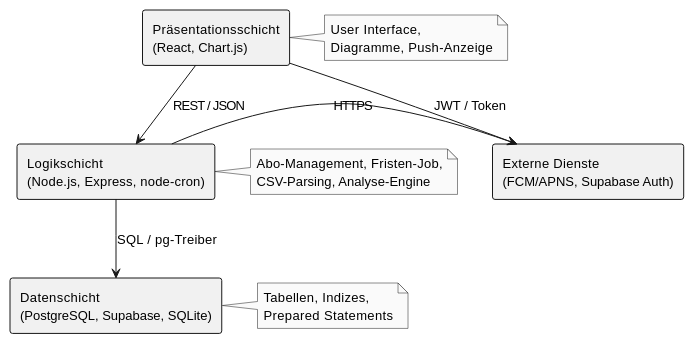
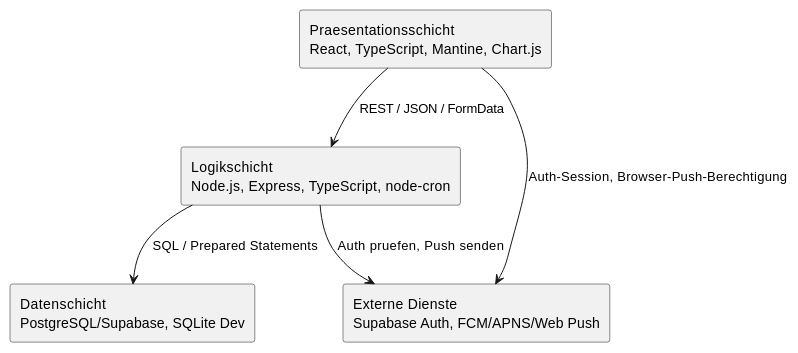
Before and after one commit to momel13/SubscriptionGuard-E2: the first of 9 diagrams in docs/technical/design.adoc, drawn with PlantUML. The commit also changed other lines of this file and 1 other file, not shown here.

```diff
--- a/docs/technical/design.adoc
+++ b/docs/technical/design.adoc
@@ -13,22 +17,17 @@
-[plantuml, layer-diagram, svg]
-....
+[plantuml,layer-diagram,svg]
+----
 @startuml
-skinparam monochrome true
-skinparam defaultFontSize 13
-skinparam rectangleBorderThickness 1
+top to bottom direction
+skinparam componentStyle rectangle
 
-rectangle "Präsentationsschicht\n(React, Chart.js)" as presentation
-rectangle "Logikschicht\n(Node.js, Express, node-cron)" as logic
-rectangle "Datenschicht\n(PostgreSQL, Supabase, SQLite)" as persistence
-rectangle "Externe Dienste\n(FCM/APNS, Supabase Auth)" as external
+rectangle "Praesentationsschicht\nReact, TypeScript, Mantine, Chart.js" as Presentation
+rectangle "Logikschicht\nNode.js, Express, TypeScript, node-cron" as Logic
+rectangle "Datenschicht\nPostgreSQL/Supabase, SQLite Dev" as Data
+rectangle "Externe Dienste\nSupabase Auth, FCM/APNS/Web Push" as External
 
-presentation -down-> logic : REST / JSON
-logic -down-> persistence : SQL / pg-Treiber
-logic -right-> external : HTTPS
-presentation -right-> external : JWT / Token
-
-note right of presentation : User Interface,\nDiagramme, Push-Anzeige
-note right of logic : Abo-Management, Fristen-Job,\nCSV-Parsing, Analyse-Engine
-note right of persistence : Tabellen, Indizes,\nPrepared Statements
+Presentation --> Logic : REST / JSON / FormData
+Presentation --> External : Auth-Session, Browser-Push-Berechtigung
+Logic --> Data : SQL / Prepared Statements
+Logic --> External : Auth pruefen, Push senden
 @enduml
-....
+----
```
